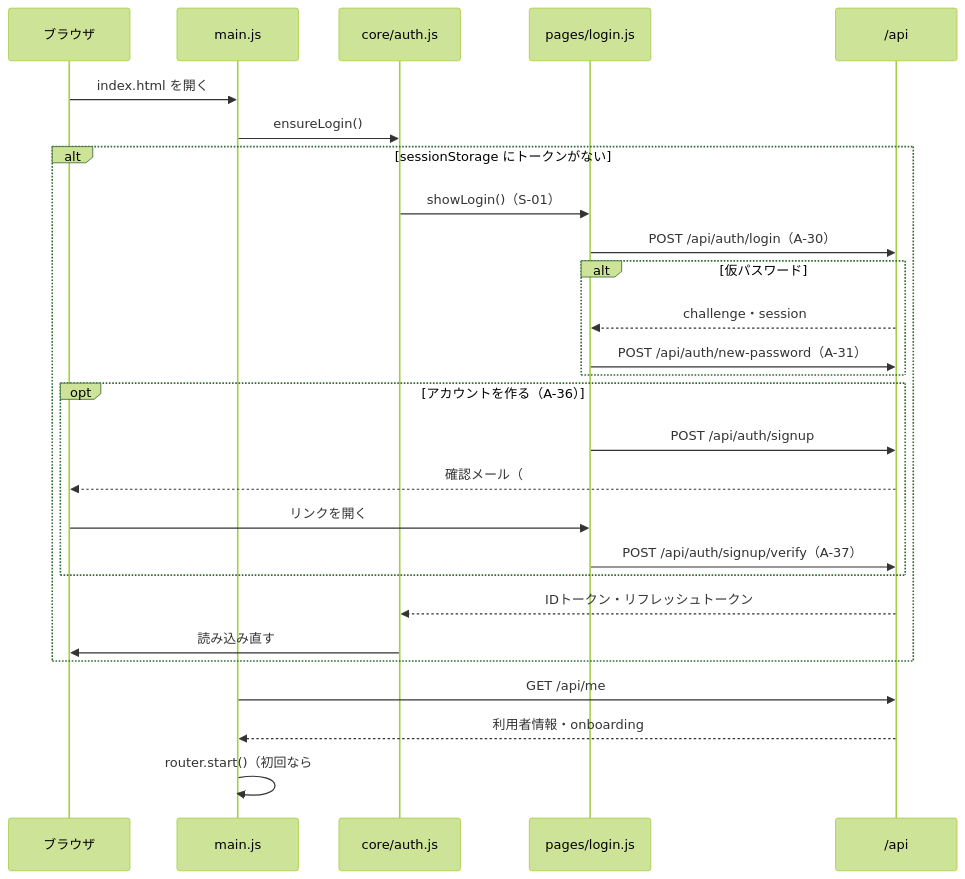
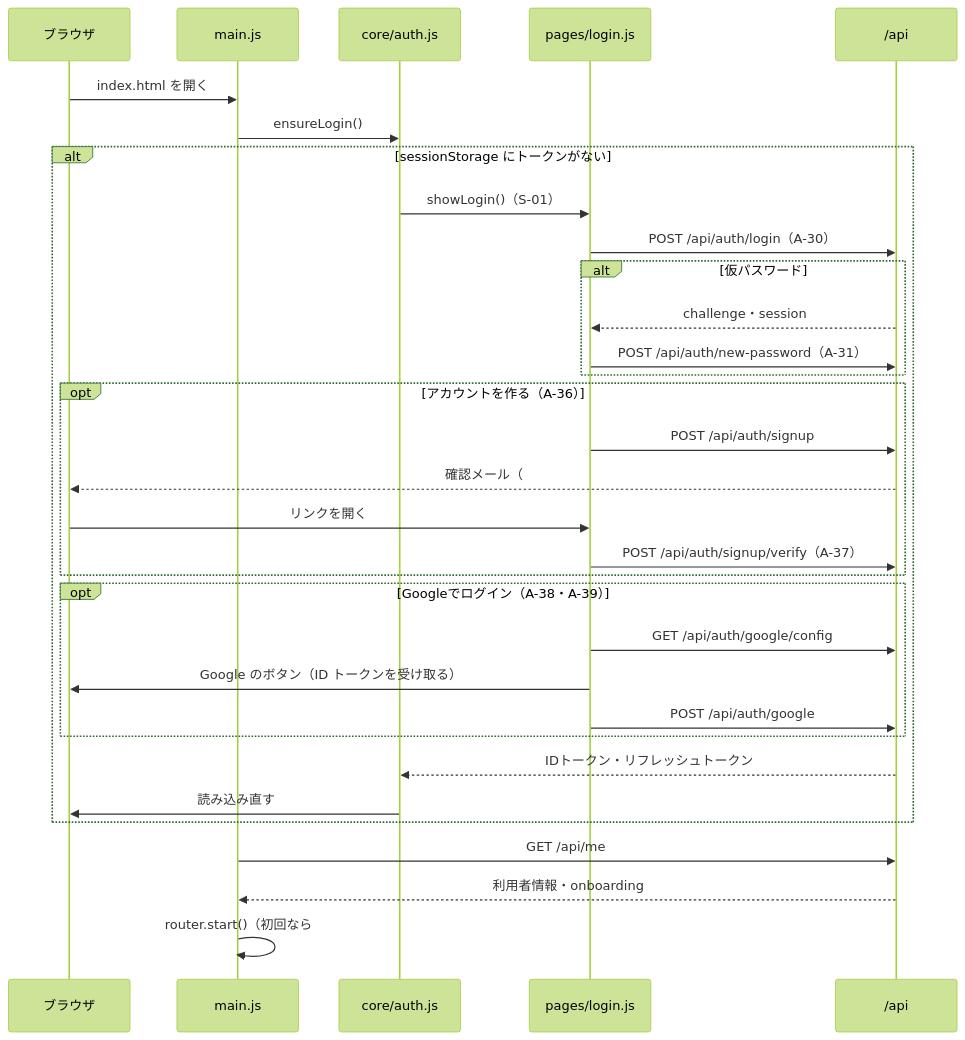
The eighth of 11 diagrams in documents/詳細設計書_RPG学習アプリ.md (pocarialice/rpglearning), drawn with Mermaid (forest theme) before and after one commit. The commit also changed other lines of this file and 23 other files, not shown here.

````diff
--- a/documents/詳細設計書_RPG学習アプリ.md
+++ b/documents/詳細設計書_RPG学習アプリ.md
@@ -1133,29 +1143,34 @@
 ```mermaid
 sequenceDiagram
   participant B as ブラウザ
   participant M as main.js
   participant AU as core/auth.js
   participant L as pages/login.js
   participant API as /api
   B->>M: index.html を開く
   M->>AU: ensureLogin()
   alt sessionStorage にトークンがない
     AU->>L: showLogin()（S-01）
     L->>API: POST /api/auth/login（A-30）
     alt 仮パスワード
       API-->>L: challenge・session
       L->>API: POST /api/auth/new-password（A-31）
     end
     opt アカウントを作る（A-36）
       L->>API: POST /api/auth/signup
       API-->>B: 確認メール（#/signup?token=…）
       B->>L: リンクを開く
       L->>API: POST /api/auth/signup/verify（A-37）
     end
+    opt Googleでログイン（A-38・A-39）
+      L->>API: GET /api/auth/google/config
+      L->>B: Google のボタン（ID トークンを受け取る）
+      L->>API: POST /api/auth/google
+    end
     API-->>AU: IDトークン・リフレッシュトークン
     AU->>B: 読み込み直す
   end
   M->>API: GET /api/me
   API-->>M: 利用者情報・onboarding
   M->>M: router.start()（初回なら #/onboarding）
 ```
````
